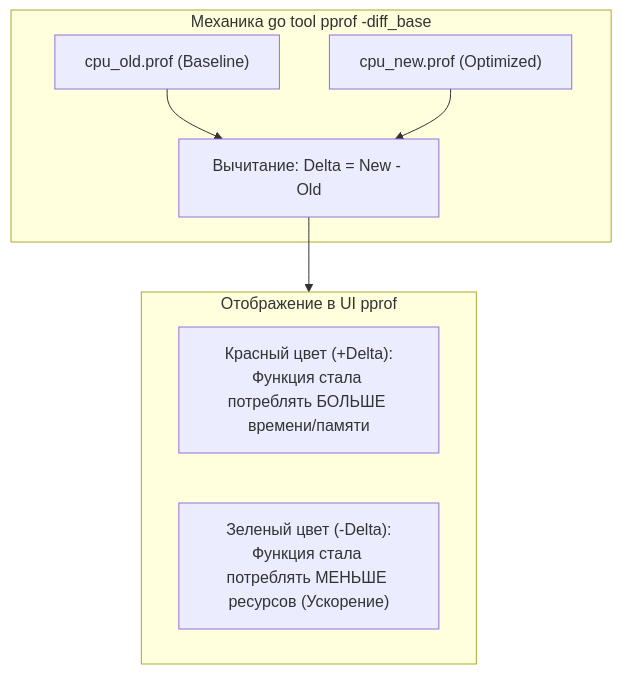
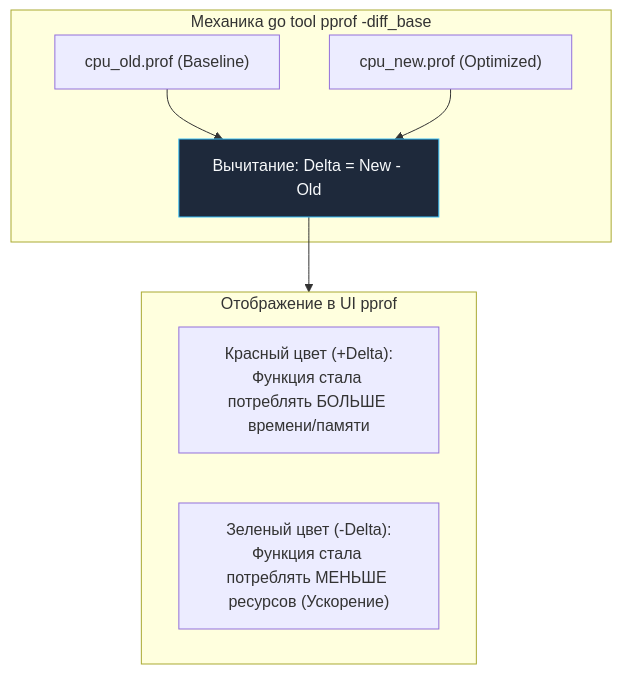
The fourth of 5 diagrams in sources/16. Профилирование, отладка и производительность/02. Benchmarking/8. Сравнение версий кода.md (UnrealTemplier/go-textbook), drawn with Mermaid before and after one commit. The commit also changed other lines of this file and 1666 other files, not shown here.

First line of the commit message:
feat(mermaid): add semantic color classDef to 1369 colorless flowchart/graph diagrams

````diff
--- a/sources/16. Профилирование, отладка и производительность/02. Benchmarking/8. Сравнение версий кода.md
+++ b/sources/16. Профилирование, отладка и производительность/02. Benchmarking/8. Сравнение версий кода.md
@@ -213,17 +243,27 @@
 ```mermaid
 flowchart TD
+    classDef process  fill:#1e293b,stroke:#38bdf8,stroke-width:1px,color:#f8fafc
+    classDef success  fill:#064e3b,stroke:#34d399,stroke-width:1px,color:#f8fafc
+    classDef error    fill:#7f1d1d,stroke:#f87171,stroke-width:1px,color:#f8fafc
+    classDef warning  fill:#78350f,stroke:#fbbf24,stroke-width:1px,color:#f8fafc
+    classDef entry    fill:#1e3a5f,stroke:#38bdf8,stroke-width:2px,color:#f8fafc
+    classDef aux      fill:#334155,stroke:#64748b,stroke-width:1px,color:#f8fafc
+    classDef system   fill:#312e81,stroke:#a78bfa,stroke-width:1px,color:#f8fafc
+    classDef data     fill:#132d29,stroke:#2dd4bf,stroke-width:1px,color:#f8fafc
+    classDef network  fill:#881337,stroke:#fb7185,stroke-width:1px,color:#f8fafc
+    classDef accent   fill:#1e1b4b,stroke:#818cf8,stroke-width:1px,color:#f8fafc
     subgraph DiffBase["Механика go tool pprof -diff_base"]
         OldP["cpu_old.prof (Baseline)"]
         NewP["cpu_new.prof (Optimized)"]
-        Sub["Вычитание: Delta = New - Old"]
+        Sub["Вычитание: Delta = New - Old"]:::process
         OldP --> Sub
         NewP --> Sub
     end
 
     subgraph Visualization["Отображение в UI pprof"]
         Red["Красный цвет (+Delta):<br>Функция стала потреблять БОЛЬШЕ времени/памяти"]
         Green["Зеленый цвет (-Delta):<br>Функция стала потреблять МЕНЬШЕ ресурсов (Ускорение)"]
     end
 
     Sub --> Visualization
 ```
````
